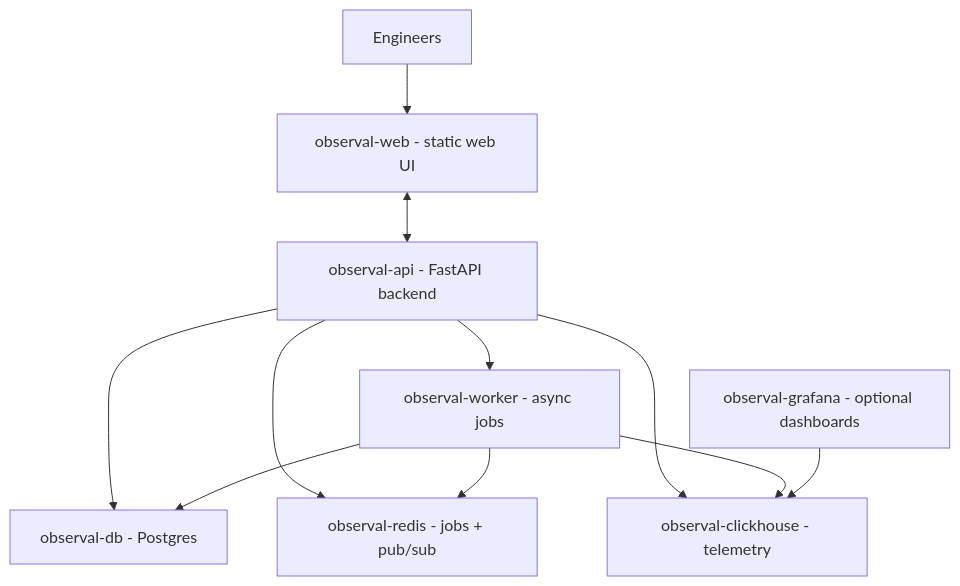
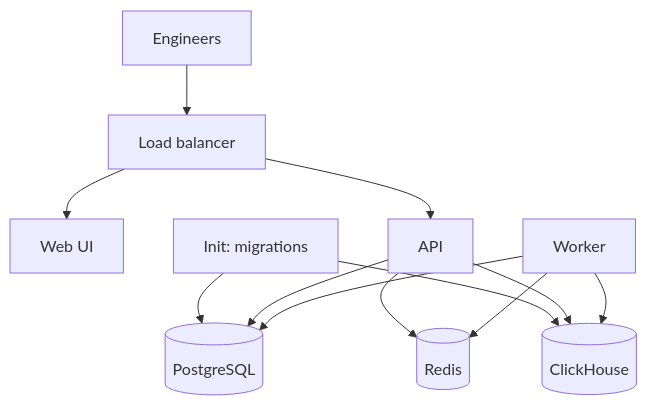
One commit to AgenticResourceRegistry/AgenticResourceRegistry changed the diagram in docs/self-hosting/index.md. Above: the diagram before and after it, drawn with Mermaid. The commit also changed other lines of this file and 87 other files, not shown here.

````diff
--- a/docs/self-hosting/index.md
+++ b/docs/self-hosting/index.md
@@ -15,22 +23,24 @@
 ```mermaid
 flowchart TB
     engineers[Engineers]
-    web["observal-web - static web UI"]
-    api["observal-api - FastAPI backend"]
-    worker["observal-worker - async jobs"]
-    db["observal-db - Postgres"]
-    redis["observal-redis - jobs + pub/sub"]
-    ch["observal-clickhouse - telemetry"]
-    grafana["observal-grafana - optional dashboards"]
+    lb[Load balancer]
+    web[Web UI]
+    api[API]
+    init[Init: migrations]
+    worker[Worker]
+    db[(PostgreSQL)]
+    redis[(Redis)]
+    ch[(ClickHouse)]
 
-    engineers --> web
-    web <--> api
-    api --> worker
+    engineers --> lb
+    lb --> web
+    lb --> api
+    init --> db
+    init --> ch
     api --> db
     api --> redis
     api --> ch
     worker --> db
     worker --> redis
     worker --> ch
-    grafana --> ch
 ```
````
